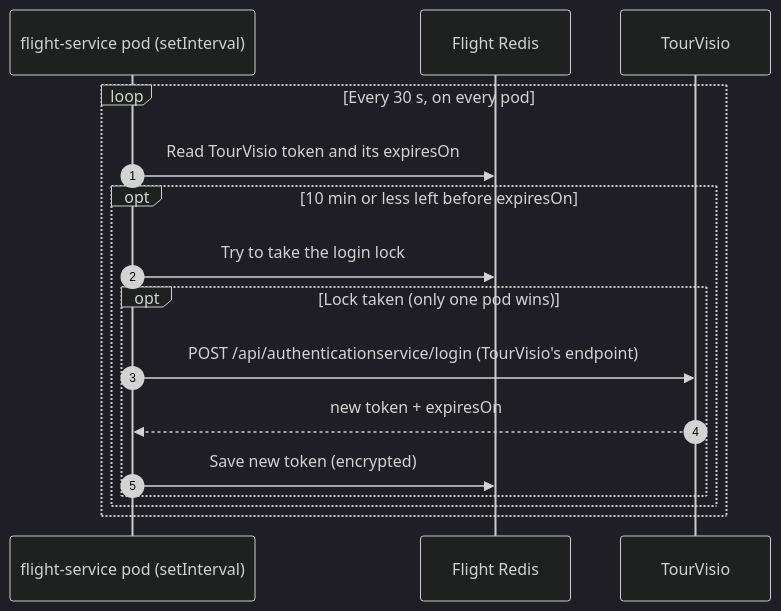
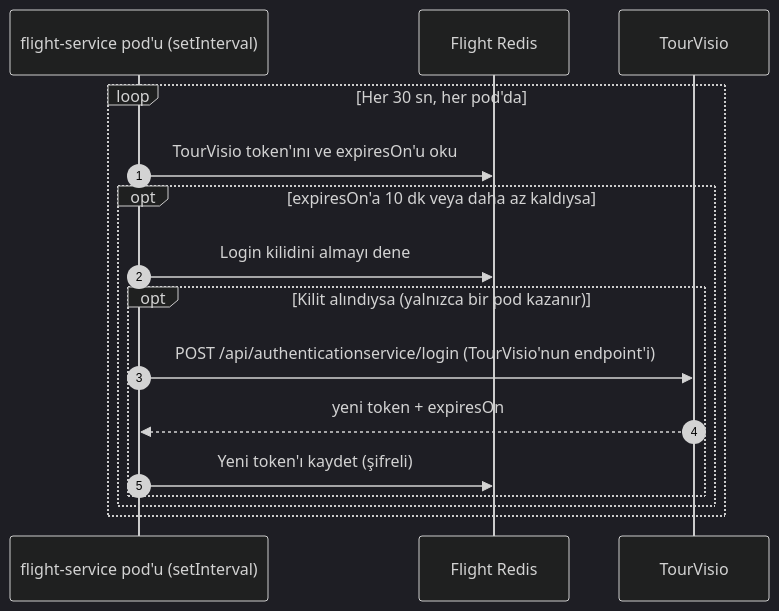
Before and after one commit to orhanberamus1/gidiyorum: the third of 5 diagrams in README.md, drawn with Mermaid (dark theme). The commit also changed other lines of this file and 2 other files, not shown here.

````diff
--- a/README.md
+++ b/README.md
@@ -248,19 +250,19 @@
 ```mermaid
 sequenceDiagram
     autonumber
-    participant P as flight-service pod (setInterval)
+    participant P as flight-service pod'u (setInterval)
     participant R as Flight Redis
     participant T as TourVisio
 
-    loop Every 30 s, on every pod
-        P->>R: Read TourVisio token and its expiresOn
-        opt 10 min or less left before expiresOn
-            P->>R: Try to take the login lock
-            opt Lock taken (only one pod wins)
-                P->>T: POST /api/authenticationservice/login (TourVisio's endpoint)
-                T-->>P: new token + expiresOn
-                P->>R: Save new token (encrypted)
+    loop Her 30 sn, her pod'da
+        P->>R: TourVisio token'ını ve expiresOn'u oku
+        opt expiresOn'a 10 dk veya daha az kaldıysa
+            P->>R: Login kilidini almayı dene
+            opt Kilit alındıysa (yalnızca bir pod kazanır)
+                P->>T: POST /api/authenticationservice/login (TourVisio'nun endpoint'i)
+                T-->>P: yeni token + expiresOn
+                P->>R: Yeni token'ı kaydet (şifreli)
             end
         end
     end
 ```
````
